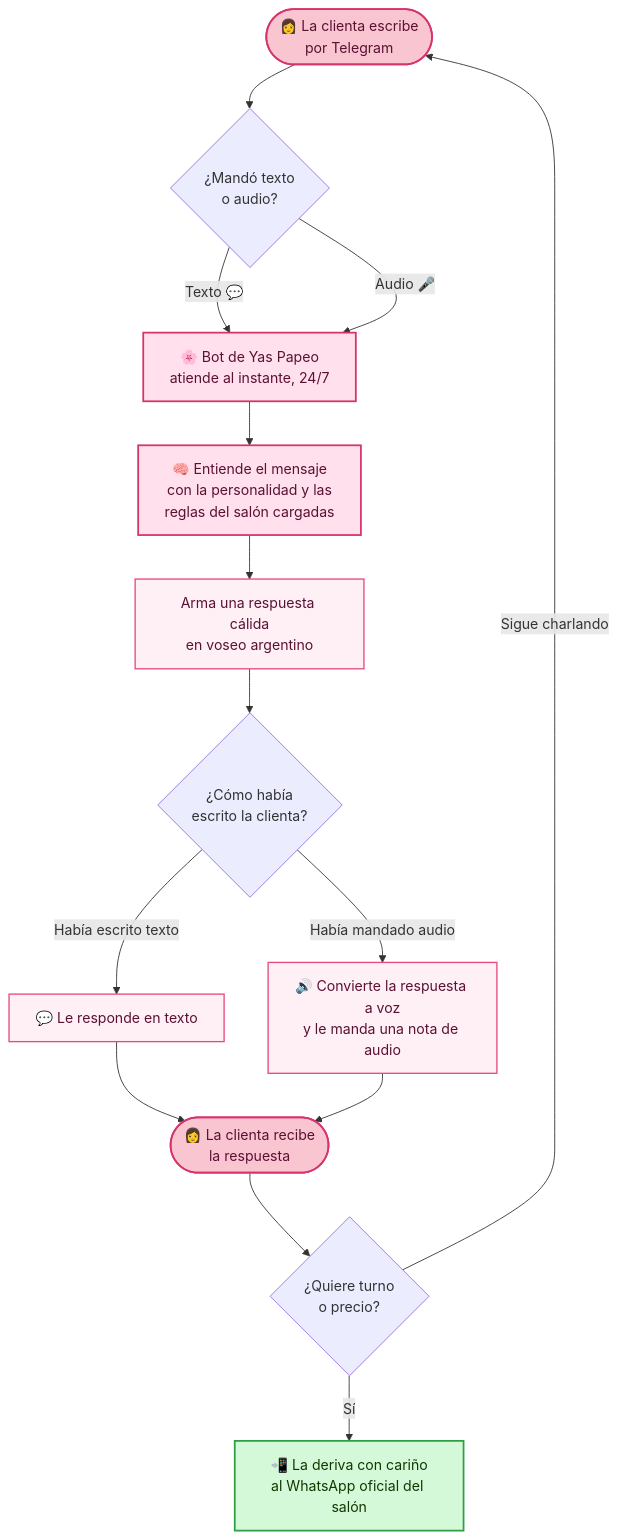
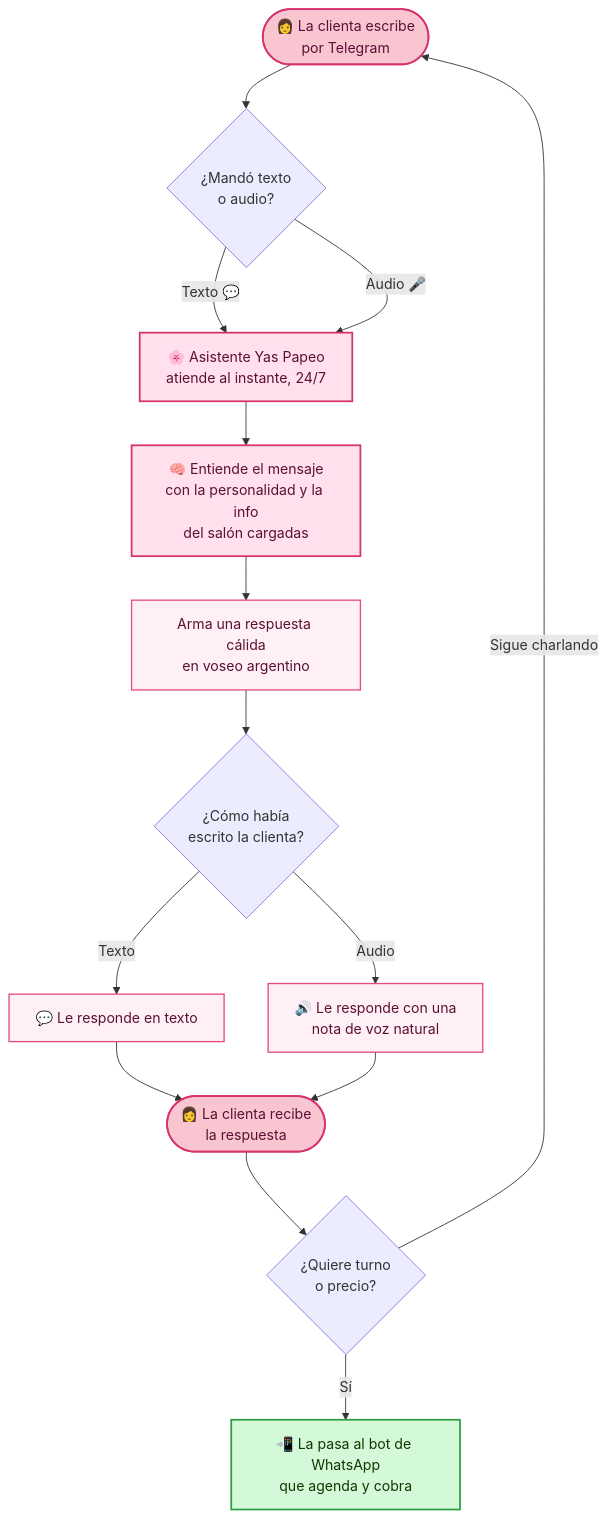
Before and after one commit to sergiopalomba05-jpg/quantumhive: the second of 4 diagrams in agencia/bots/yas-papeo/docs/arquitectura.md, drawn with Mermaid. The commit also changed other lines of this file and 1 other file, not shown here.

First line of the commit message:
docs(yas-papeo): rehace el mapa como sistema de venta profesional

````diff
--- a/agencia/bots/yas-papeo/docs/arquitectura.md
+++ b/agencia/bots/yas-papeo/docs/arquitectura.md
@@ -13,31 +53,31 @@
 ```mermaid
 flowchart TD
     A([👩 La clienta escribe<br/>por Telegram]) --> B{¿Mandó texto<br/>o audio?}
 
-    B -->|Texto 💬| BOT[🌸 Bot de Yas Papeo<br/>atiende al instante, 24/7]
+    B -->|Texto 💬| BOT[🌸 Asistente Yas Papeo<br/>atiende al instante, 24/7]
     B -->|Audio 🎤| BOT
 
-    BOT --> G[🧠 Entiende el mensaje<br/>con la personalidad y las<br/>reglas del salón cargadas]
+    BOT --> G[🧠 Entiende el mensaje<br/>con la personalidad y la info<br/>del salón cargadas]
     G --> R[Arma una respuesta cálida<br/>en voseo argentino]
 
     R --> Q{¿Cómo había<br/>escrito la clienta?}
-    Q -->|Había escrito texto| T[💬 Le responde en texto]
-    Q -->|Había mandado audio| V[🔊 Convierte la respuesta a voz<br/>y le manda una nota de audio]
+    Q -->|Texto| T[💬 Le responde en texto]
+    Q -->|Audio| V[🔊 Le responde con una<br/>nota de voz natural]
 
     T --> REC([👩 La clienta recibe<br/>la respuesta])
     V --> REC
 
     REC --> D{¿Quiere turno<br/>o precio?}
-    D -->|Sí| W[📲 La deriva con cariño<br/>al WhatsApp oficial del salón]
+    D -->|Sí| W[📲 La pasa al bot de WhatsApp<br/>que agenda y cobra]
     D -->|Sigue charlando| A
 
     classDef cliente fill:#f9c5d1,stroke:#d6336c,stroke-width:2px,color:#5a1133;
     classDef bot fill:#ffe0ec,stroke:#d6336c,stroke-width:2px,color:#5a1133;
     classDef accion fill:#fff0f6,stroke:#e64980,stroke-width:1.5px,color:#5a1133;
     classDef deriva fill:#d3f9d8,stroke:#2f9e44,stroke-width:2px,color:#143601;
 
     class A,REC cliente;
     class BOT,G bot;
     class R,T,V accion;
     class W deriva;
 ```
````
